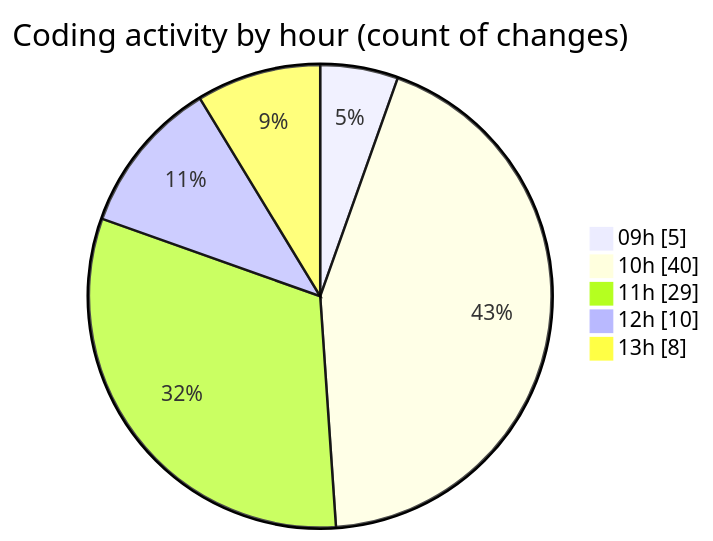
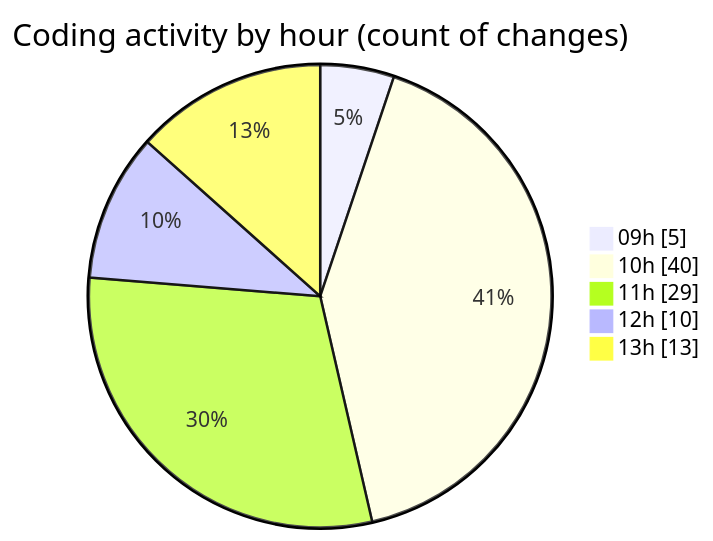
The second of 2 diagrams in 2025-06-02/ecodeli-1/README.md (CELIANVF/code-tracking), drawn with Mermaid before and after one commit. The commit also changed other lines of this file and 1 other file, not shown here.

````diff
--- a/2025-06-02/ecodeli-1/README.md
+++ b/2025-06-02/ecodeli-1/README.md
@@ -81,9 +81,9 @@
 ```mermaid
 pie showData
 title Coding activity by hour (count of changes)
 "09h" : 5
 "10h" : 40
 "11h" : 29
 "12h" : 10
-"13h" : 8
+"13h" : 13
 ```
````
